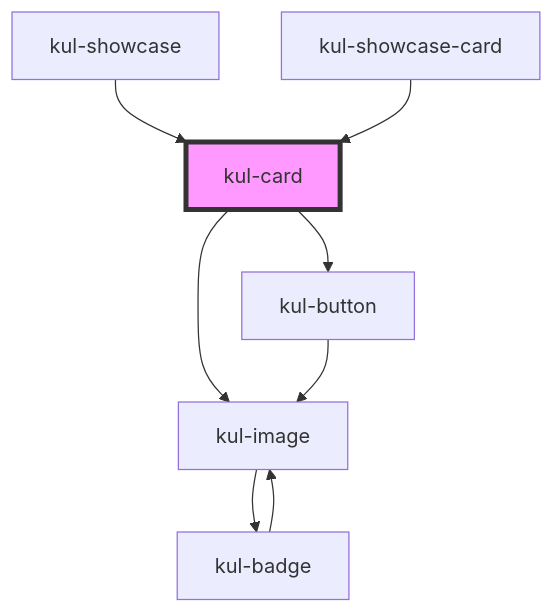
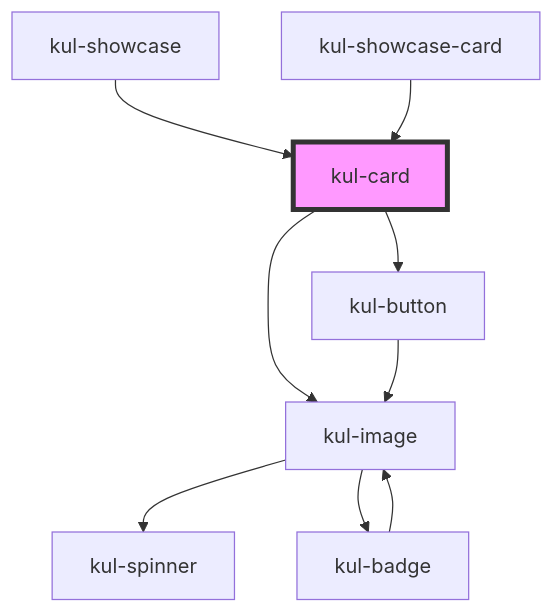
Before and after one commit to smeup/ketchup: the diagram in packages/ketchup-lite/src/components/kul-card/readme.md, drawn with Mermaid. The commit also changed 20 other files, not shown here.

````diff
--- a/packages/ketchup-lite/src/components/kul-card/readme.md
+++ b/packages/ketchup-lite/src/components/kul-card/readme.md
@@ -116,11 +116,12 @@
 ```mermaid
 graph TD;
   kul-card --> kul-image
   kul-card --> kul-button
+  kul-image --> kul-spinner
   kul-image --> kul-badge
   kul-badge --> kul-image
   kul-button --> kul-image
   kul-showcase --> kul-card
   kul-showcase-card --> kul-card
   style kul-card fill:#f9f,stroke:#333,stroke-width:4px
 ```
````
